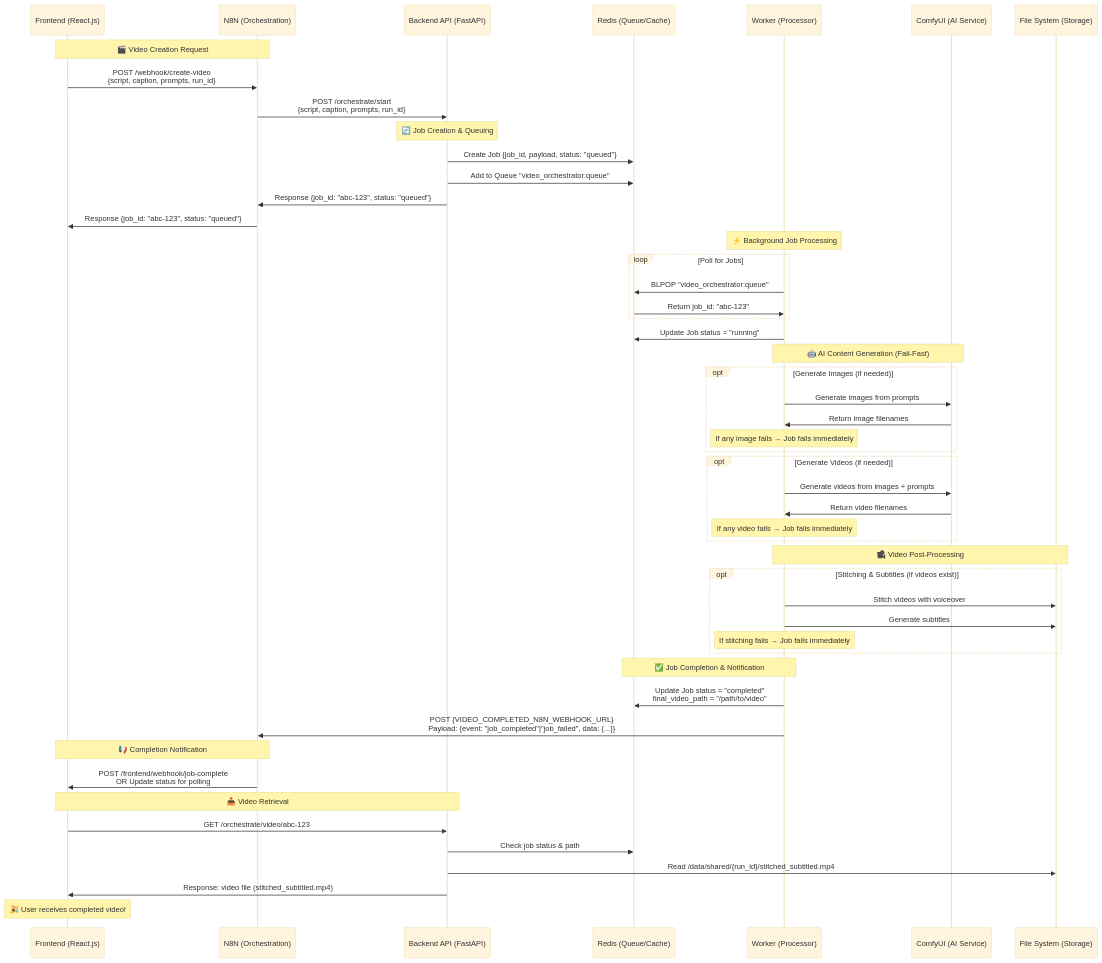
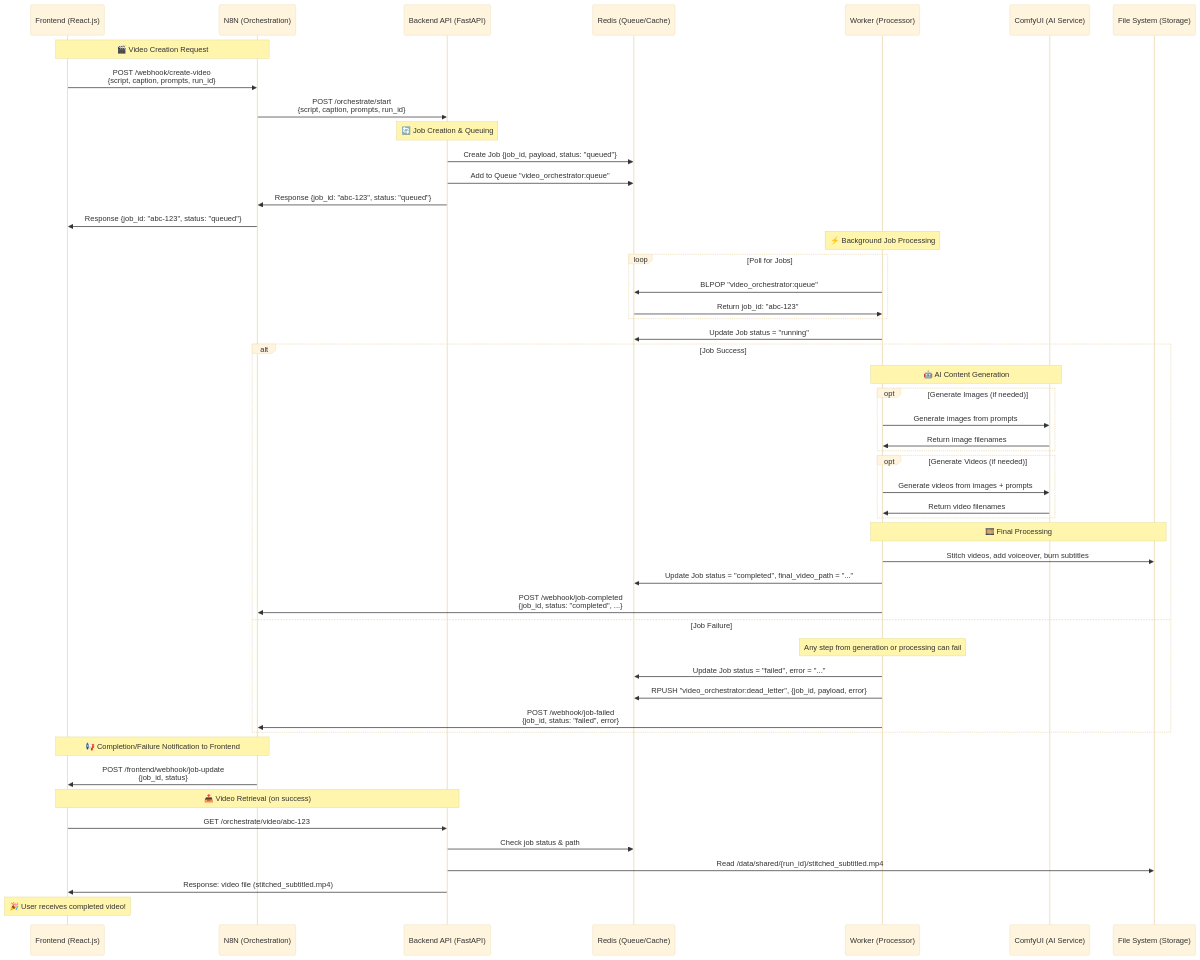
One commit to felipecaldas/edit-videos changed the diagram in VIDEO_PROCESSING_SEQUENCE_DIAGRAM.md. Above: the diagram before and after it, drawn with Mermaid (base theme). The commit also changed 6 other files, not shown here.

````diff
--- a/VIDEO_PROCESSING_SEQUENCE_DIAGRAM.md
+++ b/VIDEO_PROCESSING_SEQUENCE_DIAGRAM.md
@@ -3,63 +3,62 @@
 ```mermaid
 sequenceDiagram
     participant F as Frontend (React.js)
     participant N as N8N (Orchestration)
     participant B as Backend API (FastAPI)
     participant R as Redis (Queue/Cache)
     participant W as Worker (Processor)
     participant C as ComfyUI (AI Service)
     participant FS as File System (Storage)
 
     Note over F,N: 🎬 Video Creation Request
     F->>N: POST /webhook/create-video<br/>{script, caption, prompts, run_id}
     N->>B: POST /orchestrate/start<br/>{script, caption, prompts, run_id}
 
     Note over B: 🔄 Job Creation & Queuing
     B->>R: Create Job {job_id, payload, status: "queued"}
     B->>R: Add to Queue "video_orchestrator:queue"
     B->>N: Response {job_id: "abc-123", status: "queued"}
     N->>F: Response {job_id: "abc-123", status: "queued"}
 
     Note over W: ⚡ Background Job Processing
     loop Poll for Jobs
         W->>R: BLPOP "video_orchestrator:queue"
         R->>W: Return job_id: "abc-123"
     end
 
     W->>R: Update Job status = "running"
 
-    Note over W,C: 🤖 AI Content Generation (Fail-Fast)
-    opt Generate Images (if needed)
-        W->>C: Generate images from prompts
-        C->>W: Return image filenames
-        Note over W: If any image fails → Job fails immediately
+    alt Job Success
+        Note over W,C: 🤖 AI Content Generation
+        opt Generate Images (if needed)
+            W->>C: Generate images from prompts
+            C->>W: Return image filenames
+        end
+        opt Generate Videos (if needed)
+            W->>C: Generate videos from images + prompts
+            C->>W: Return video filenames
+        end
+
+        Note over W,FS: 🎞️ Final Processing
+        W->>FS: Stitch videos, add voiceover, burn subtitles
+        W->>R: Update Job status = "completed", final_video_path = "..."
+        W->>N: POST /webhook/job-completed<br/>{job_id, status: "completed", ...}
+
+    else Job Failure
+        Note over W: Any step from generation or processing can fail
+        W->>R: Update Job status = "failed", error = "..."
+        W->>R: RPUSH "video_orchestrator:dead_letter", {job_id, payload, error}
+        W->>N: POST /webhook/job-failed<br/>{job_id, status: "failed", error}
     end
 
-    opt Generate Videos (if needed)
-        W->>C: Generate videos from images + prompts
-        C->>W: Return video filenames
-        Note over W: If any video fails → Job fails immediately
-    end
+    Note over N,F: 📢 Completion/Failure Notification to Frontend
+    N->>F: POST /frontend/webhook/job-update<br/>{job_id, status}
 
-    Note over W,FS: 🎥 Video Post-Processing
-    opt Stitching & Subtitles (if videos exist)
-        W->>FS: Stitch videos with voiceover
-        W->>FS: Generate subtitles
-        Note over W: If stitching fails → Job fails immediately
-    end
-
-    Note over W,R: ✅ Job Completion & Notification
-    W->>R: Update Job status = "completed"<br/>final_video_path = "/path/to/video"
-    W->>N: POST {VIDEO_COMPLETED_N8N_WEBHOOK_URL}<br/>Payload: {event: "job_completed"|"job_failed", data: {...}}
-
-    Note over N,F: 📢 Completion Notification
-    N->>F: POST /frontend/webhook/job-complete<br/>OR Update status for polling
-
-    Note over F,B: 📥 Video Retrieval
+    Note over F,B: 📥 Video Retrieval (on success)
     F->>B: GET /orchestrate/video/abc-123
     B->>R: Check job status & path
     B->>FS: Read /data/shared/{run_id}/stitched_subtitled.mp4
     B->>F: Response: video file (stitched_subtitled.mp4)
 
     Note over F: 🎉 User receives completed video!
 ```
````
